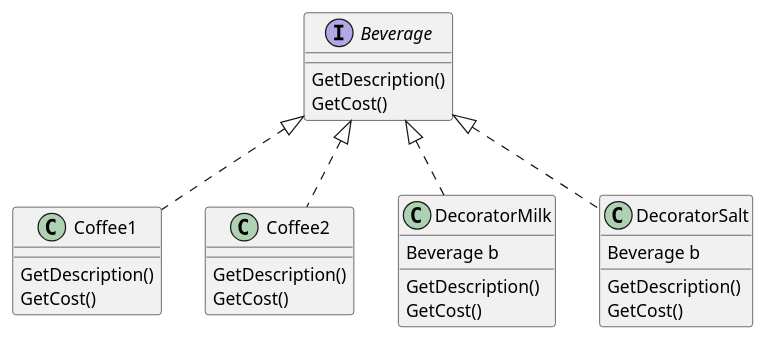
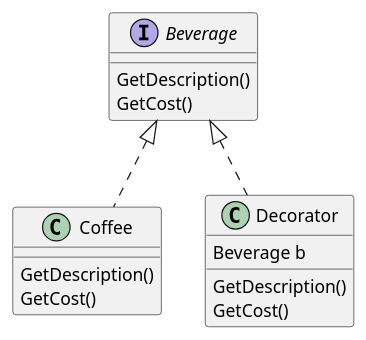
Before and after one commit to changmu/NoteBook: the diagram in DesignPattern/03_decorator/src/design.puml, drawn with PlantUML. The commit also changed 3 other files, not shown here.

```diff
--- a/DesignPattern/03_decorator/src/design.puml
+++ b/DesignPattern/03_decorator/src/design.puml
@@ -1,33 +1,19 @@
 @startuml
 interface Beverage {
     GetDescription()
     GetCost()
 }
 
-class Coffee1 {
+class Coffee {
     GetDescription()
     GetCost()
 }
-Beverage <|.. Coffee1
+Beverage <|.. Coffee
 
-class Coffee2 {
-    GetDescription()
-    GetCost()
-}
-Beverage <|.. Coffee2
-
-class DecoratorMilk {
+class Decorator {
     Beverage b
     GetDescription()
     GetCost()
 }
-Beverage <|.. DecoratorMilk
-
-class DecoratorSalt {
-    Beverage b
-    GetDescription()
-    GetCost()
-}
-Beverage <|.. DecoratorSalt
-
+Beverage <|.. Decorator
 @enduml
```
